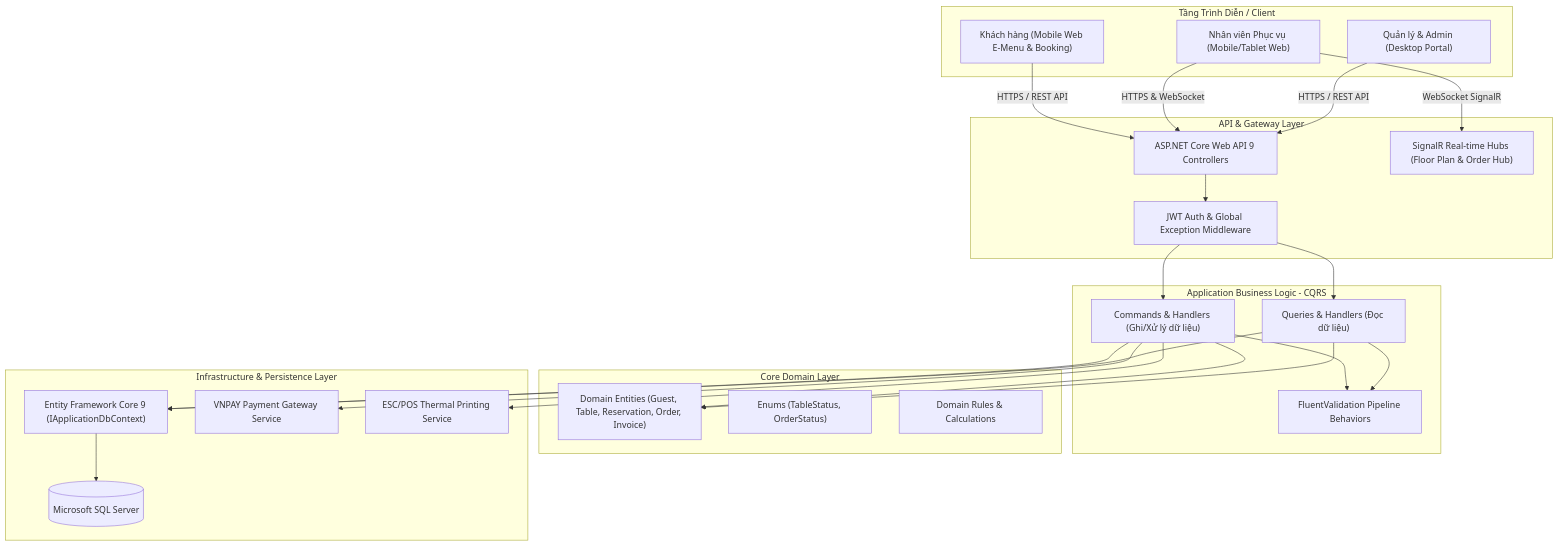
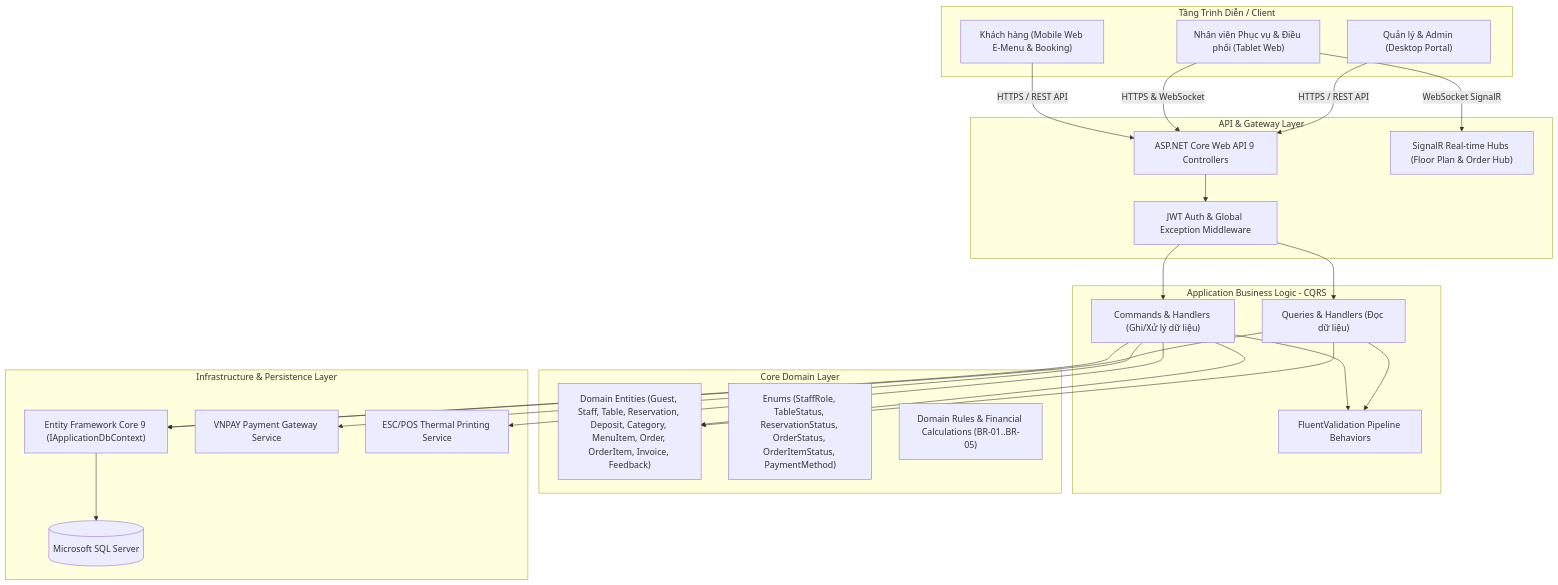
The second of 3 diagrams in docs/phase1/01_PROJECT_PROPOSAL.md (AndrewQng/VinDining), drawn with Mermaid before and after one commit. The commit also changed other lines of this file and 8 other files, not shown here.

````diff
--- a/docs/phase1/01_PROJECT_PROPOSAL.md
+++ b/docs/phase1/01_PROJECT_PROPOSAL.md
@@ -91,45 +92,45 @@
 ```mermaid
 graph TD
     subgraph Presentation Layer [Tầng Trình Diễn / Client]
         FE_Guest["Khách hàng (Mobile Web E-Menu & Booking)"]
-        FE_Staff["Nhân viên Phục vụ (Mobile/Tablet Web)"]
+        FE_Staff["Nhân viên Phục vụ & Điều phối (Tablet Web)"]
         FE_Admin["Quản lý & Admin (Desktop Portal)"]
     end
 
     subgraph API Layer [API & Gateway Layer]
         API_Controller["ASP.NET Core Web API 9 Controllers"]
         SignalR_Hub["SignalR Real-time Hubs (Floor Plan & Order Hub)"]
         Middleware["JWT Auth & Global Exception Middleware"]
     end
 
     subgraph Application Layer [Application Business Logic - CQRS]
         MediatR_Cmd["Commands & Handlers (Ghi/Xử lý dữ liệu)"]
         MediatR_Query["Queries & Handlers (Đọc dữ liệu)"]
         FluentVal["FluentValidation Pipeline Behaviors"]
     end
 
     subgraph Domain Layer [Core Domain Layer]
-        Entities["Domain Entities (Guest, Table, Reservation, Order, Invoice)"]
-        Enums["Enums (TableStatus, OrderStatus)"]
-        BusinessRules["Domain Rules & Calculations"]
+        Entities["Domain Entities (Guest, Staff, Table, Reservation, Deposit, Category, MenuItem, Order, OrderItem, Invoice, Feedback)"]
+        Enums["Enums (StaffRole, TableStatus, ReservationStatus, OrderStatus, OrderItemStatus, PaymentMethod)"]
+        BusinessRules["Domain Rules & Financial Calculations (BR-01..BR-05)"]
     end
 
     subgraph Infrastructure Layer [Infrastructure & Persistence Layer]
         EFCore["Entity Framework Core 9 (IApplicationDbContext)"]
         SQLServer[("Microsoft SQL Server")]
         VNPAY["VNPAY Payment Gateway Service"]
         PrinterService["ESC/POS Thermal Printing Service"]
     end
 
     FE_Guest -->|HTTPS / REST API| API_Controller
     FE_Staff -->|HTTPS & WebSocket| API_Controller
     FE_Staff -->|WebSocket SignalR| SignalR_Hub
     FE_Admin -->|HTTPS / REST API| API_Controller
 
     API_Controller --> Middleware --> MediatR_Cmd & MediatR_Query
     MediatR_Cmd & MediatR_Query --> FluentVal
     MediatR_Cmd & MediatR_Query --> Entities
     MediatR_Cmd & MediatR_Query --> EFCore
     EFCore --> SQLServer
     MediatR_Cmd --> VNPAY & PrinterService
 ```
````
